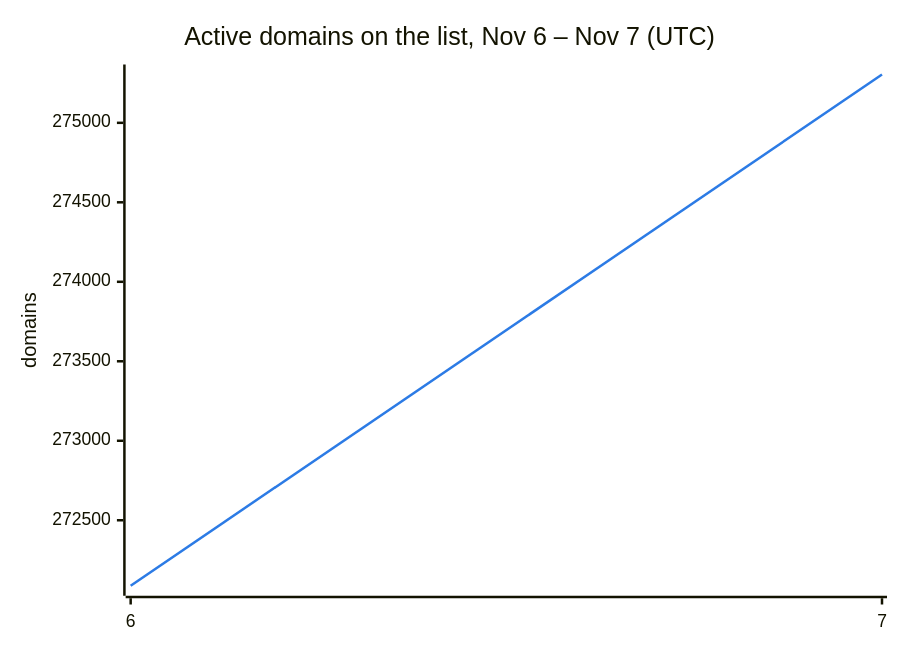
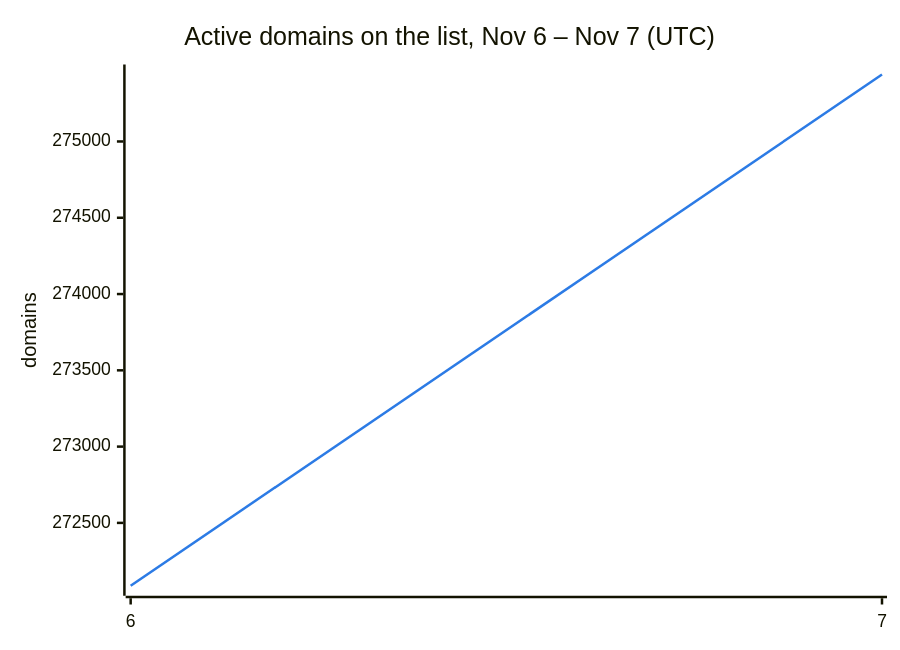
The second of 3 diagrams in README.md (DNSBunker/CTI), drawn with Mermaid before and after one commit. The commit also changed other lines of this file and 3 other files, not shown here.

````diff
--- a/README.md
+++ b/README.md
@@ -38,8 +38,8 @@
 ```mermaid
 %%{init: {"themeVariables": {"xyChart": {"plotColorPalette": "#2c7be5"}}}}%%
 xychart-beta
     title "Active domains on the list, Nov 6 – Nov 7 (UTC)"
     x-axis ["6", "7"]
     y-axis "domains"
-    line [272088, 275304]
+    line [272088, 275439]
 ```
````
